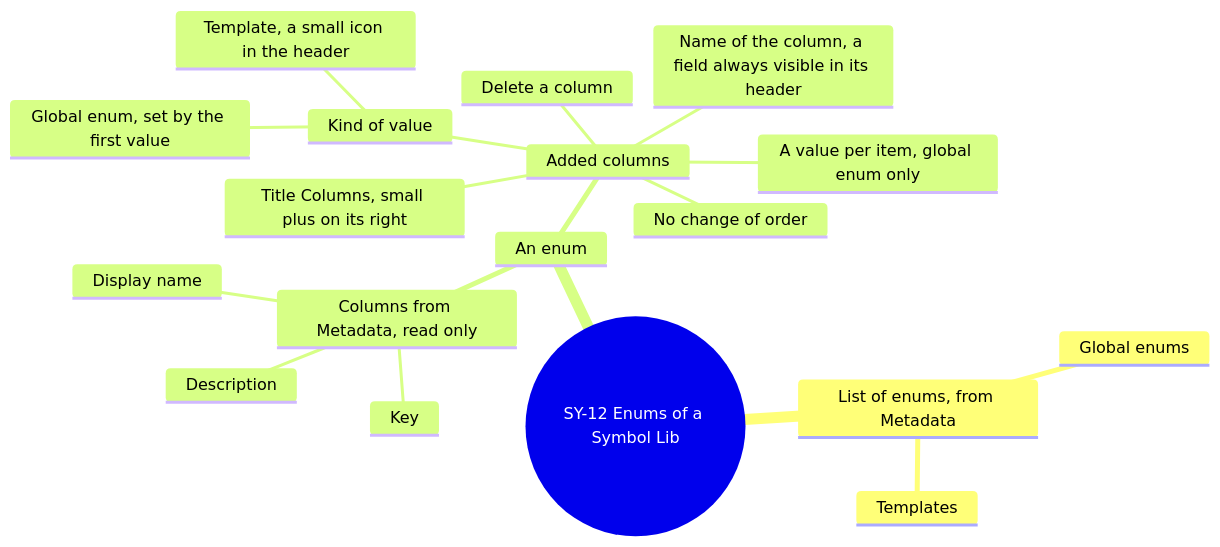
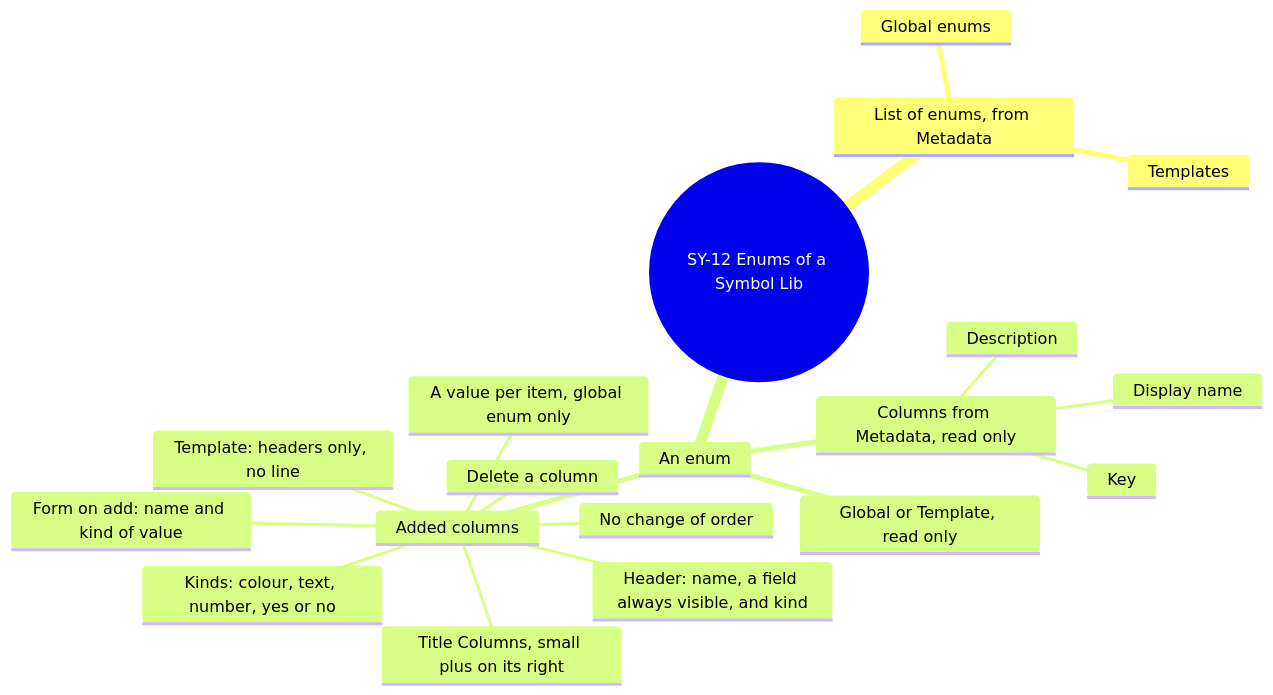
Before and after one commit to AlexandreGallais/synoptic-studio-spec: diagram 14 of 14 in screens/symbols.md, drawn with Mermaid. The commit also changed other lines of this file and 1 other file, not shown here.

First line of the commit message:
docs(symbols): choose the name and kind of an enum column when adding it

````diff
--- a/screens/symbols.md
+++ b/screens/symbols.md
@@ -543,21 +543,22 @@
 ```mermaid
 mindmap
   root((SY-12 Enums of a Symbol Lib))
     List of enums, from Metadata
       Global enums
       Templates
     An enum
       Columns from Metadata, read only
         Key
         Display name
         Description
+      Global or Template, read only
       Added columns
         Title Columns, small plus on its right
-        Name of the column, a field always visible in its header
-        Kind of value
-          Global enum, set by the first value
-          Template, a small icon in the header
+        Form on add: name and kind of value
+        Header: name, a field always visible, and kind
+        Kinds: colour, text, number, yes or no
         A value per item, global enum only
+        Template: headers only, no line
         Delete a column
         No change of order
 ```
````
